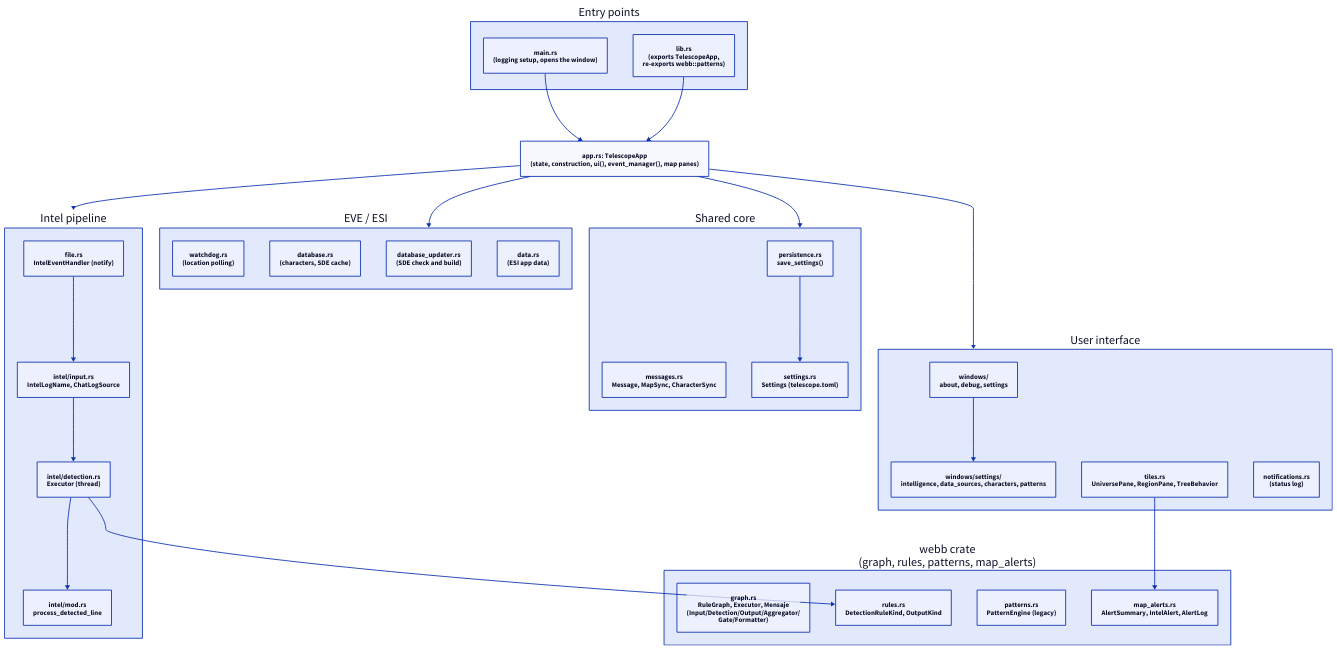
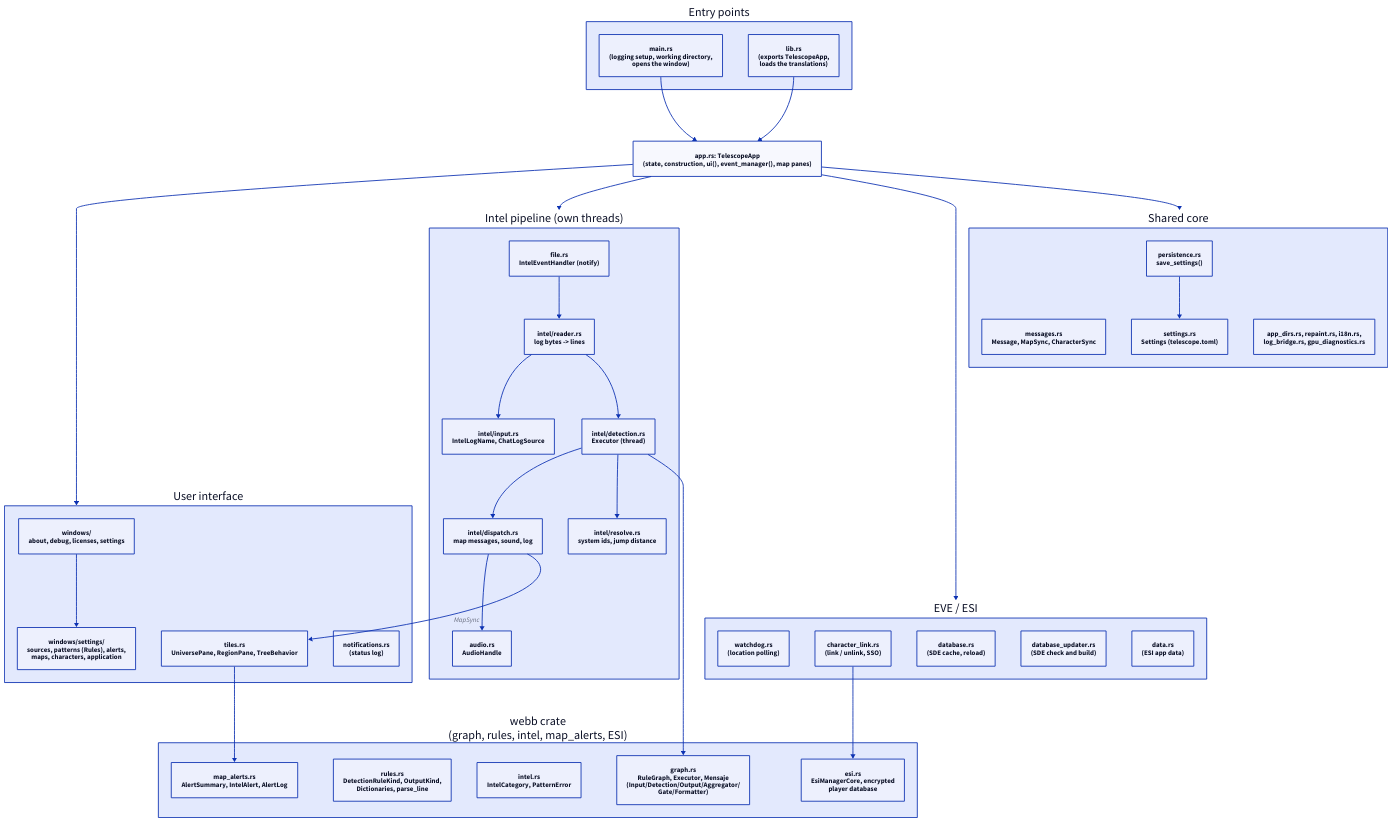
The diagram in docs/architecture/modules.d2 (rafaga/telescope), drawn with D2 before and after one commit. The commit also changed 21 other files, not shown here.

```diff
--- a/docs/architecture/modules.d2
+++ b/docs/architecture/modules.d2
@@ -1,56 +1,67 @@
 direction: down
 
 entry: "Entry points" {
-  main: "main.rs\n(logging setup, opens the window)"
-  lib: "lib.rs\n(exports TelescopeApp,\nre-exports webb::patterns)"
+  main: "main.rs\n(logging setup, working directory,\nopens the window)"
+  lib: "lib.rs\n(exports TelescopeApp,\nloads the translations)"
 }
 
 app: "app.rs: TelescopeApp\n(state, construction, ui(), event_manager(), map panes)"
 
 ui: "User interface" {
-  windows: "windows/\nabout, debug, settings"
-  pages: "windows/settings/\nintelligence, data_sources, characters, patterns"
+  windows: "windows/\nabout, debug, licenses, settings"
+  pages: "windows/settings/\nsources, patterns (Rules), alerts,\nmaps, characters, application"
   tiles: "tiles.rs\nUniversePane, RegionPane, TreeBehavior"
   notifications: "notifications.rs\n(status log)"
   windows -> pages
 }
 
-intel: "Intel pipeline" {
+intel: "Intel pipeline (own threads)" {
   file: "file.rs\nIntelEventHandler (notify)"
+  reader: "intel/reader.rs\nlog bytes -> lines"
   input: "intel/input.rs\nIntelLogName, ChatLogSource"
   detection: "intel/detection.rs\nExecutor (thread)"
-  process: "intel/mod.rs\nprocess_detected_line"
-  file -> input
-  input -> detection
-  detection -> process
+  dispatch: "intel/dispatch.rs\nmap messages, sound, log"
+  audio: "audio.rs\nAudioHandle"
+  resolve: "intel/resolve.rs\nsystem ids, jump distance"
+  file -> reader
+  reader -> input
+  reader -> detection
+  detection -> dispatch
+  dispatch -> audio
+  detection -> resolve
 }
 
-webb: "webb crate\n(graph, rules, patterns, map_alerts)" {
+webb: "webb crate\n(graph, rules, intel, map_alerts, ESI)" {
   graph: "graph.rs\nRuleGraph, Executor, Mensaje\n(Input/Detection/Output/Aggregator/\nGate/Formatter)"
-  rules: "rules.rs\nDetectionRuleKind, OutputKind"
-  patterns: "patterns.rs\nPatternEngine (legacy)"
+  rules: "rules.rs\nDetectionRuleKind, OutputKind,\nDictionaries, parse_line"
+  intel: "intel.rs\nIntelCategory, PatternError"
   map_alerts: "map_alerts.rs\nAlertSummary, IntelAlert, AlertLog"
+  esi: "esi.rs\nEsiManagerCore, encrypted\nplayer database"
 }
 
 eve: "EVE / ESI" {
   watchdog: "watchdog.rs\n(location polling)"
-  database: "database.rs\n(characters, SDE cache)"
+  character_link: "character_link.rs\n(link / unlink, SSO)"
+  database: "database.rs\n(SDE cache, reload)"
   updater: "database_updater.rs\n(SDE check and build)"
   data: "data.rs\n(ESI app data)"
 }
 
 core: "Shared core" {
   messages: "messages.rs\nMessage, MapSync, CharacterSync"
   settings: "settings.rs\nSettings (telescope.toml)"
   persistence: "persistence.rs\nsave_settings()"
+  platform: "app_dirs.rs, repaint.rs, i18n.rs,\nlog_bridge.rs, gpu_diagnostics.rs"
   persistence -> settings
 }
 
 entry.main -> app
 entry.lib -> app
 app -> ui
 app -> intel
 app -> eve
 app -> core
-intel.detection -> webb.rules
+intel.detection -> webb.graph
+intel.dispatch -> ui.tiles: "MapSync"
 ui.tiles -> webb.map_alerts
+eve.character_link -> webb.esi
```
